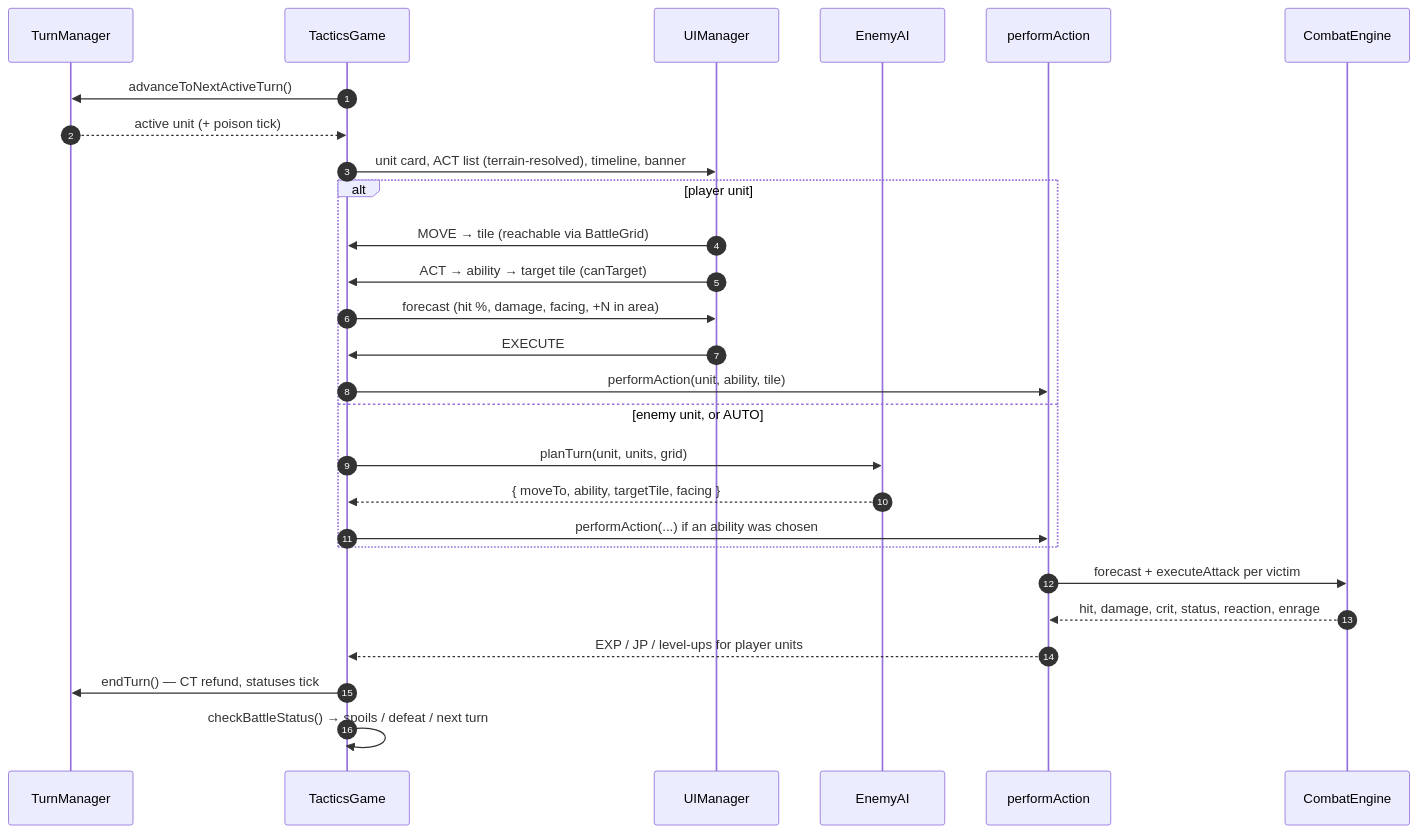
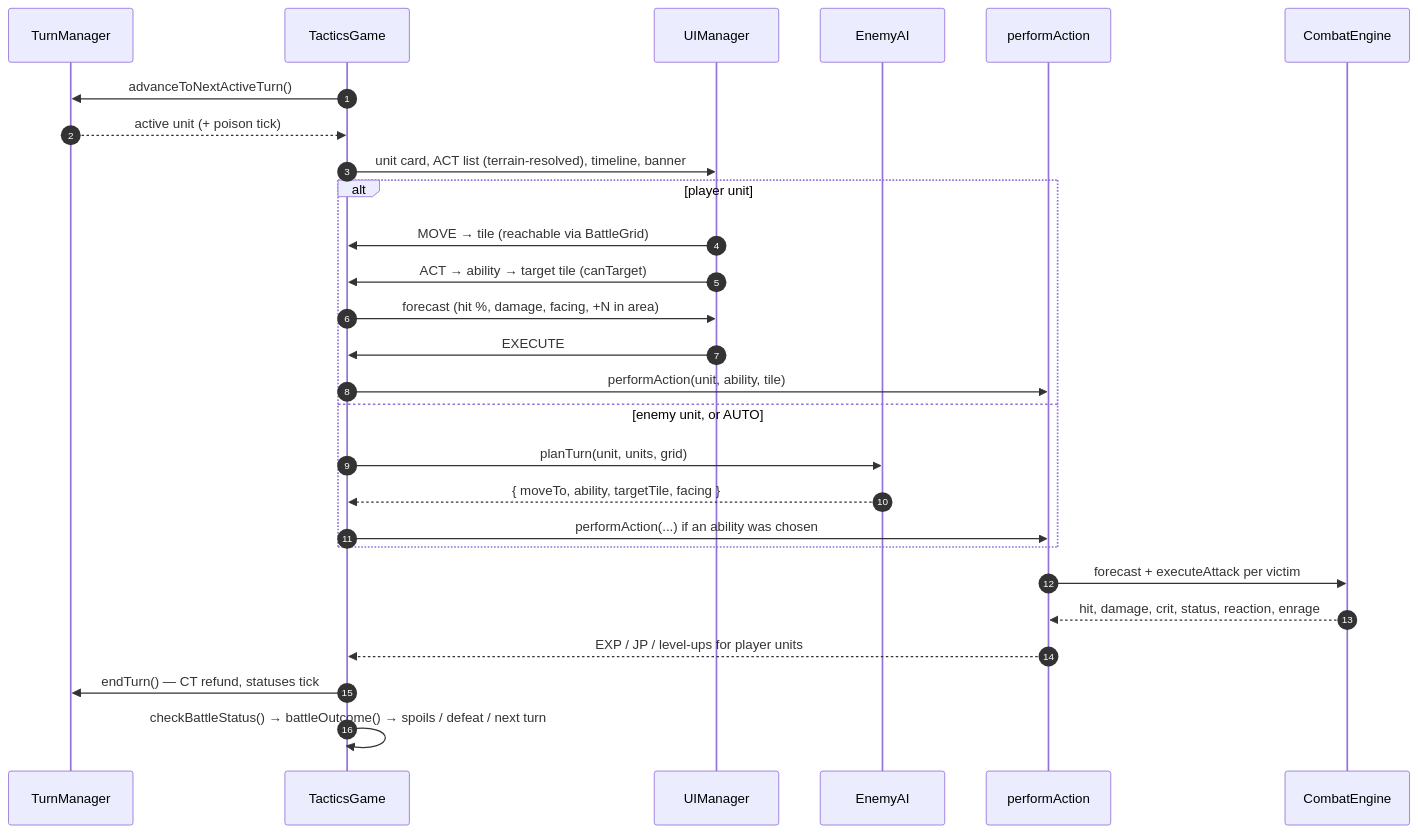
The fourth of 11 diagrams in docs/ARCHITECTURE.md (CptNope/Chess-RPG-Tactics), drawn with Mermaid before and after one commit. The commit also changed other lines of this file and 14 other files, not shown here.

First line of the commit message:
0.44.0: battle-engine groundwork, part 2 (the turn loop)

````diff
--- a/docs/ARCHITECTURE.md
+++ b/docs/ARCHITECTURE.md
@@ -164,30 +165,30 @@
 ```mermaid
 sequenceDiagram
     autonumber
     participant TM as TurnManager
     participant G as TacticsGame
     participant UI as UIManager
     participant AI as EnemyAI
     participant P as performAction
     participant CE as CombatEngine
 
     G->>TM: advanceToNextActiveTurn()
     TM-->>G: active unit (+ poison tick)
     G->>UI: unit card, ACT list (terrain-resolved), timeline, banner
     alt player unit
         UI->>G: MOVE → tile (reachable via BattleGrid)
         UI->>G: ACT → ability → target tile (canTarget)
         G->>UI: forecast (hit %, damage, facing, +N in area)
         UI->>G: EXECUTE
         G->>P: performAction(unit, ability, tile)
     else enemy unit, or AUTO
         G->>AI: planTurn(unit, units, grid)
         AI-->>G: { moveTo, ability, targetTile, facing }
         G->>P: performAction(...) if an ability was chosen
     end
     P->>CE: forecast + executeAttack per victim
     CE-->>P: hit, damage, crit, status, reaction, enrage
     P-->>G: EXP / JP / level-ups for player units
     G->>TM: endTurn() — CT refund, statuses tick
-    G->>G: checkBattleStatus() → spoils / defeat / next turn
+    G->>G: checkBattleStatus() → battleOutcome() → spoils / defeat / next turn
 ```
````
